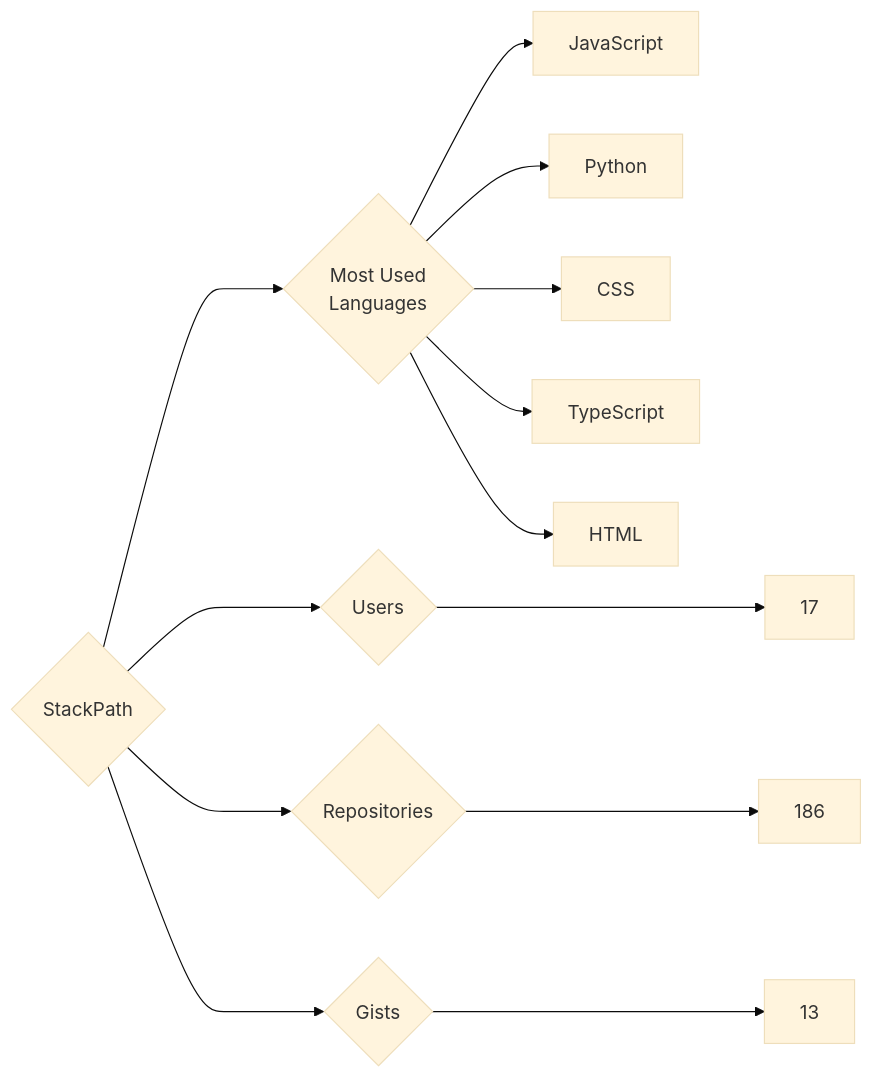
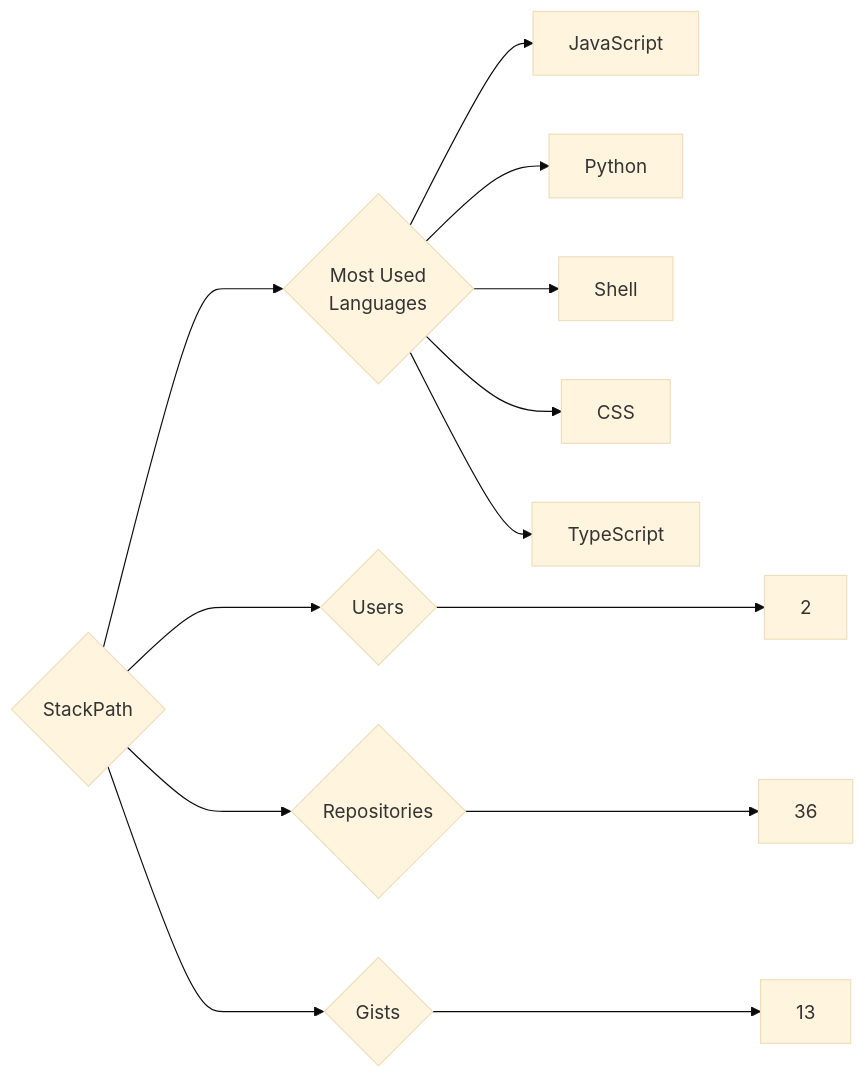
The diagram in targets/StackPath/README.md (trickest/insiders), drawn with Mermaid (base theme) before and after one commit. The commit also changed 920 other files, not shown here.

````diff
--- a/targets/StackPath/README.md
+++ b/targets/StackPath/README.md
@@ -3,13 +3,13 @@
 ```mermaid
 graph LR
 COMPANY_NAME{StackPath}
-COMPANY_NAME ---> U{Users} ---> UN[17]
-COMPANY_NAME ---> R{Repositories} ---> RN[186]
+COMPANY_NAME ---> U{Users} ---> UN[2]
+COMPANY_NAME ---> R{Repositories} ---> RN[36]
 COMPANY_NAME ---> G{Gists} ---> GN[13]
 COMPANY_NAME ---> ML{Most Used<br>Languages}
 ML --> JavaScript[JavaScript]
 ML --> Python[Python]
+ML --> Shell[Shell]
 ML --> CSS[CSS]
 ML --> TypeScript[TypeScript]
-ML --> HTML[HTML]
 ```
````
